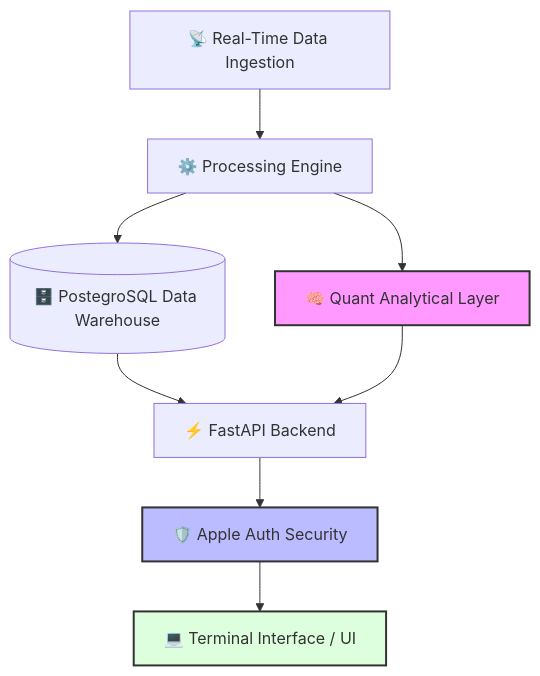
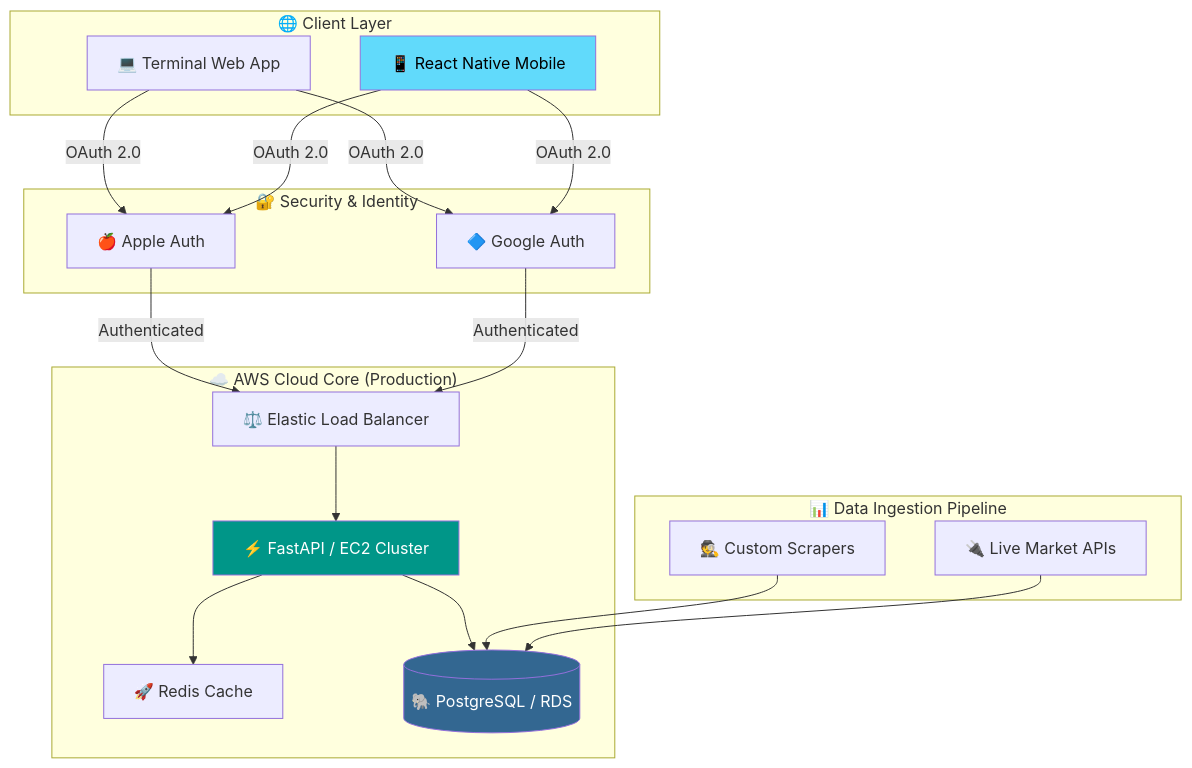
One commit to ferhattkoc-ml/quantum-analiz changed the diagram in README.md. Above: the diagram before and after it, drawn with Mermaid. The commit also changed other lines of this file, not shown here.

````diff
--- a/README.md
+++ b/README.md
@@ -12,15 +12,38 @@
 ```mermaid
 graph TD
-    A[📡 Real-Time Data Ingestion] --> B[⚙️ Processing Engine]
-    B --> C[(🗄️ PostegroSQL Data Warehouse)]
-    B --> D[🧠 Quant Analytical Layer]
-    C --> E[⚡ FastAPI Backend]
-    D --> E
-    E --> F[🛡️ Apple Auth Security]
-    F --> G[💻 Terminal Interface / UI]
+    subgraph "🌐 Client Layer"
+        WEB[💻 Terminal Web App]
+        MOB[📱 React Native Mobile]
+    end
+
+    subgraph "🔐 Security & Identity"
+        APPLE[🍎 Apple Auth]
+        GOOGLE[🔷 Google Auth]
+    end
+
+    subgraph "☁️ AWS Cloud Core (Production)"
+        ELB[⚖️ Elastic Load Balancer]
+        API[⚡ FastAPI / EC2 Cluster]
+        REDIS[🚀 Redis Cache]
+        RDS[(🐘 PostgreSQL / RDS)]
+        
+        ELB --> API
+        API --> REDIS
+        API --> RDS
+    end
+
+    subgraph "📊 Data Ingestion Pipeline"
+        SCR[🕵️ Custom Scrapers]
+        FEED[🔌 Live Market APIs]
+        SCR --> RDS
+        FEED --> RDS
+    end
+
+    WEB & MOB -->|OAuth 2.0| APPLE & GOOGLE
+    APPLE & GOOGLE -->|Authenticated| ELB
     
-    style D fill:#f9f,stroke:#333,stroke-width:2px
-    style F fill:#bbf,stroke:#333,stroke-width:2px
-    style G fill:#dfd,stroke:#333,stroke-width:2px
+    style API fill:#009688,color:#fff
+    style RDS fill:#336791,color:#fff
+    style MOB fill:#61DAFB,color:#000
 
 ```
````
